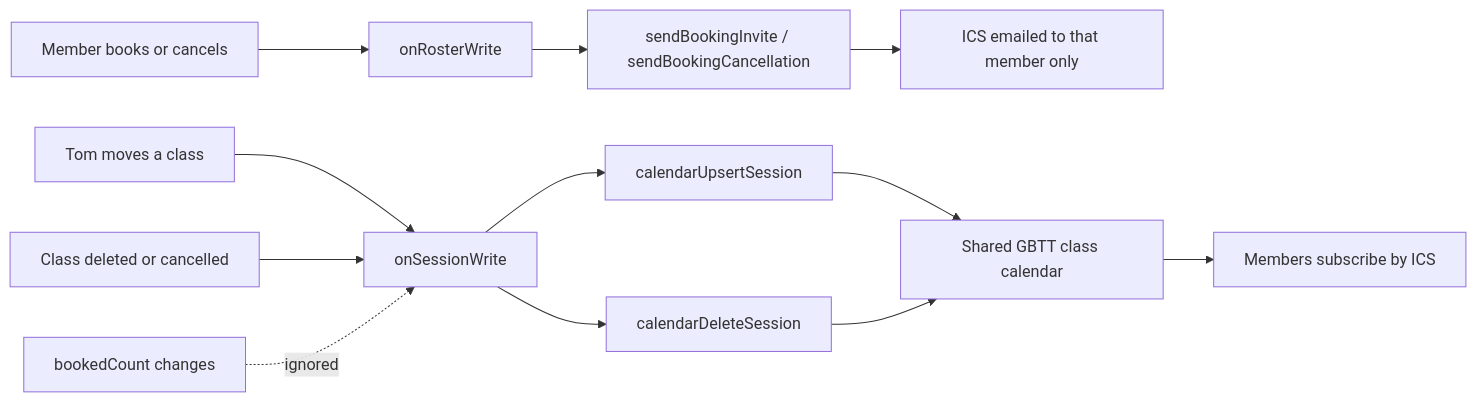
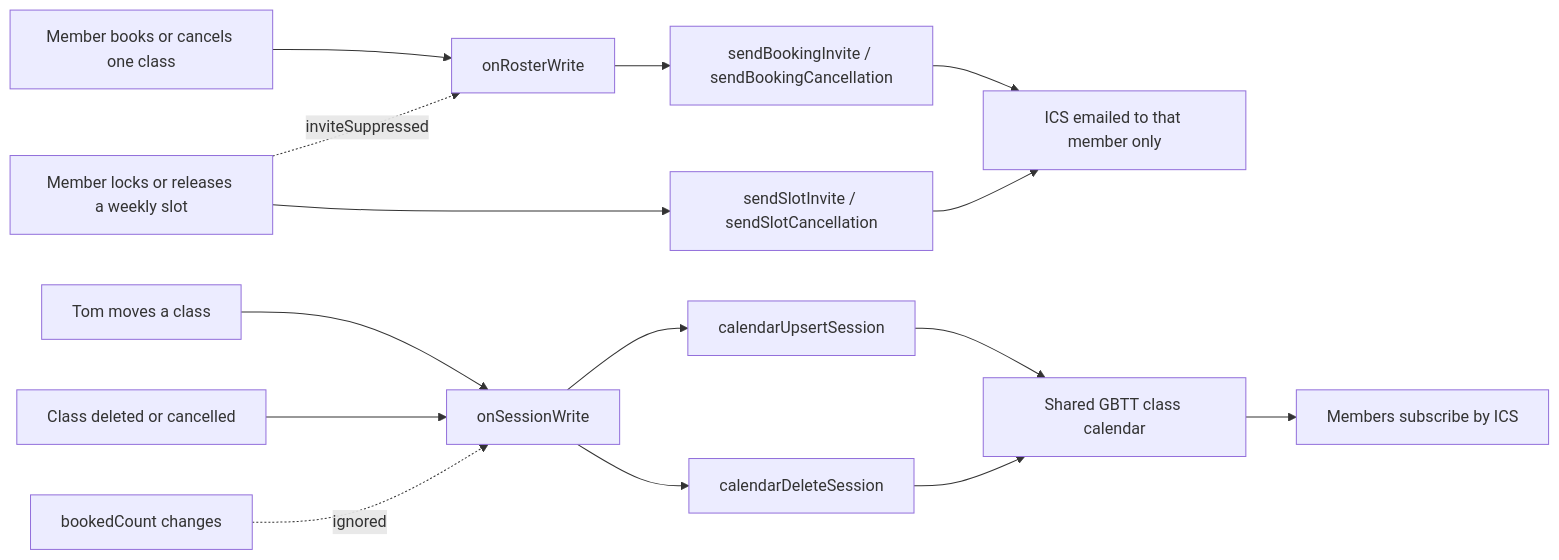
One commit to TGBTT/GBTT changed the diagram in docs/integrations.md. Above: the diagram before and after it, drawn with Mermaid. The commit also changed other lines of this file and 3 other files, not shown here.

First line of the commit message:
Send one calendar invite for a weekly slot, not one per week

````diff
--- a/docs/integrations.md
+++ b/docs/integrations.md
@@ -24,18 +24,22 @@
 ```mermaid
 flowchart LR
-  Booking["Member books or cancels"] --> Roster["onRosterWrite"]
+  Booking["Member books or cancels one class"] --> Roster["onRosterWrite"]
   Roster --> Invite["sendBookingInvite / sendBookingCancellation"]
   Invite --> Inbox["ICS emailed to that member only"]
+
+  Lock["Member locks or releases a weekly slot"] --> Slot["sendSlotInvite / sendSlotCancellation"]
+  Slot --> Inbox
+  Lock -.->|"inviteSuppressed"| Roster
 
   Edit["Tom moves a class"] --> Session["onSessionWrite"]
   Session --> Upsert["calendarUpsertSession"]
   Upsert --> Shared["Shared GBTT class calendar"]
 
   Remove["Class deleted or cancelled"] --> Session
   Session --> Del["calendarDeleteSession"]
   Del --> Shared
 
   Shared --> Sub["Members subscribe by ICS"]
 
   Count["bookedCount changes"] -.->|"ignored"| Session
 ```
````
